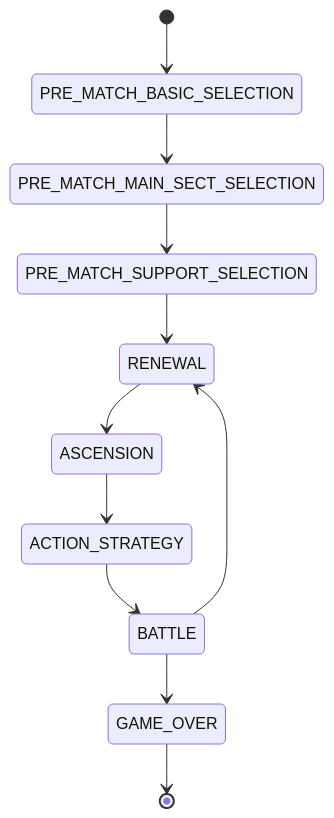
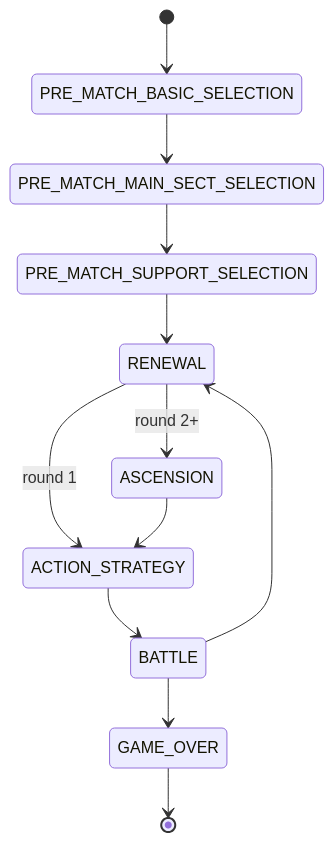
One commit to UmiKuni/swordverse changed the diagram in docs/contracts/api-websocket-contract.md. Above: the diagram before and after it, drawn with Mermaid. The commit also changed other lines of this file and 2 other files, not shown here.

Commit message:
fix: round 1 mechanic ascension

````diff
--- a/docs/contracts/api-websocket-contract.md
+++ b/docs/contracts/api-websocket-contract.md
@@ -1062,13 +1062,14 @@
 ```mermaid
 stateDiagram-v2
   [*] --> PRE_MATCH_BASIC_SELECTION
   PRE_MATCH_BASIC_SELECTION --> PRE_MATCH_MAIN_SECT_SELECTION
   PRE_MATCH_MAIN_SECT_SELECTION --> PRE_MATCH_SUPPORT_SELECTION
   PRE_MATCH_SUPPORT_SELECTION --> RENEWAL
-  RENEWAL --> ASCENSION
+  RENEWAL --> ACTION_STRATEGY: round 1
+  RENEWAL --> ASCENSION: round 2+
   ASCENSION --> ACTION_STRATEGY
   ACTION_STRATEGY --> BATTLE
   BATTLE --> RENEWAL
   BATTLE --> GAME_OVER
   GAME_OVER --> [*]
 ```
````
